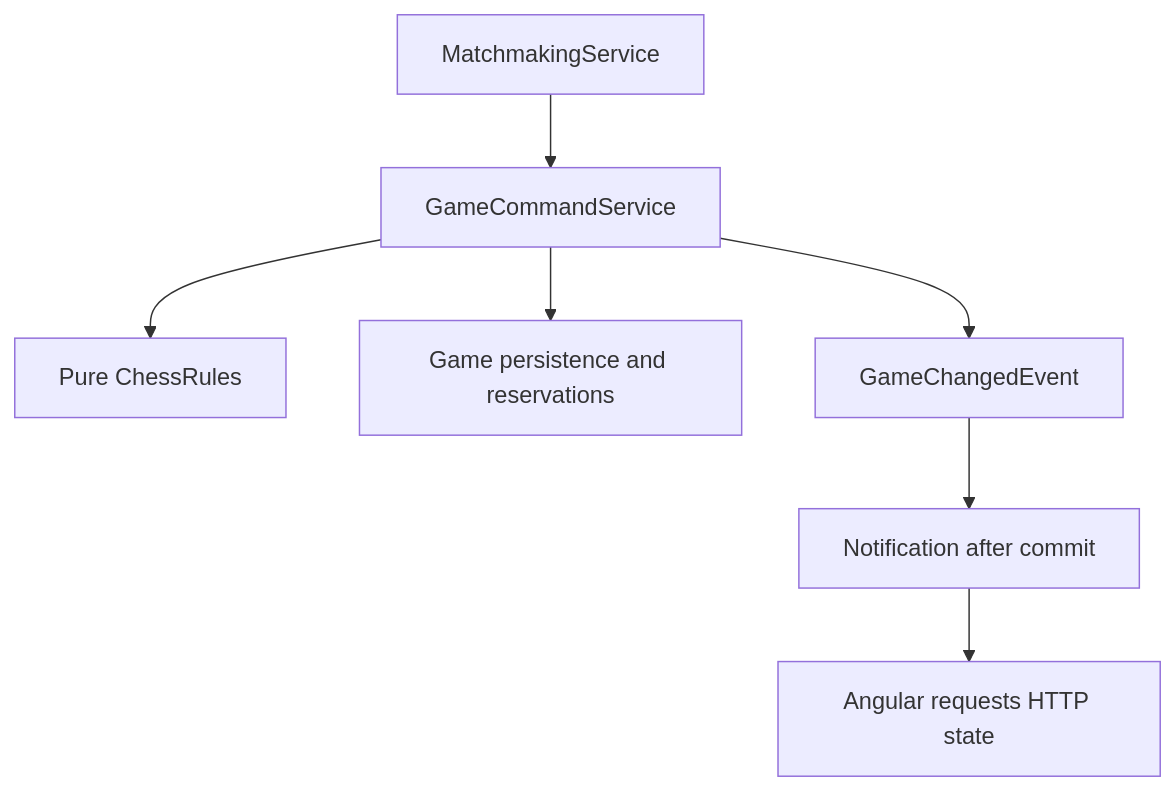
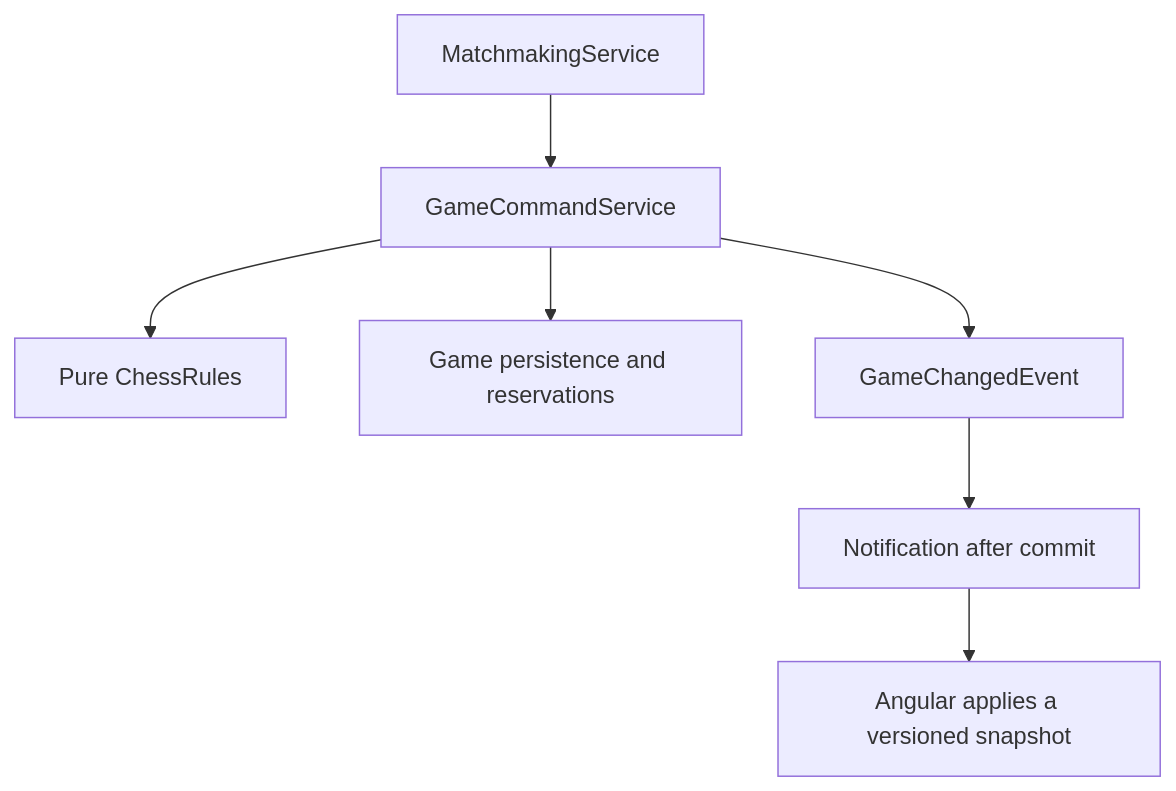
The diagram in docs/architecture.md (parisana/chess-web-app), drawn with Mermaid before and after one commit. The commit also changed other lines of this file and 52 other files, not shown here.

````diff
--- a/docs/architecture.md
+++ b/docs/architecture.md
@@ -21,9 +21,9 @@
 ```mermaid
 flowchart TD
     M["MatchmakingService"] --> G["GameCommandService"]
     G --> R["Pure ChessRules"]
     G --> P["Game persistence and reservations"]
     G --> E["GameChangedEvent"]
     E --> N["Notification after commit"]
-    N --> A["Angular requests HTTP state"]
+    N --> A["Angular applies a versioned snapshot"]
 ```
````
